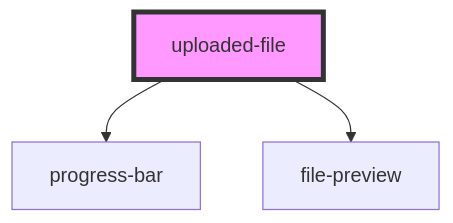
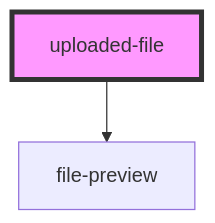
One commit to botandrose/bard-file changed the diagram in src/components/uploaded-file/readme.md. Above: the diagram before and after it, drawn with Mermaid. The commit also changed other lines of this file and 154 other files, not shown here.

Commit message:
extract @botandrose/progress-bar.

````diff
--- a/src/components/uploaded-file/readme.md
+++ b/src/components/uploaded-file/readme.md
@@ -42,6 +41,5 @@
 ```mermaid
 graph TD;
-  uploaded-file --> progress-bar
   uploaded-file --> file-preview
   style uploaded-file fill:#f9f,stroke:#333,stroke-width:4px
 ```
````
